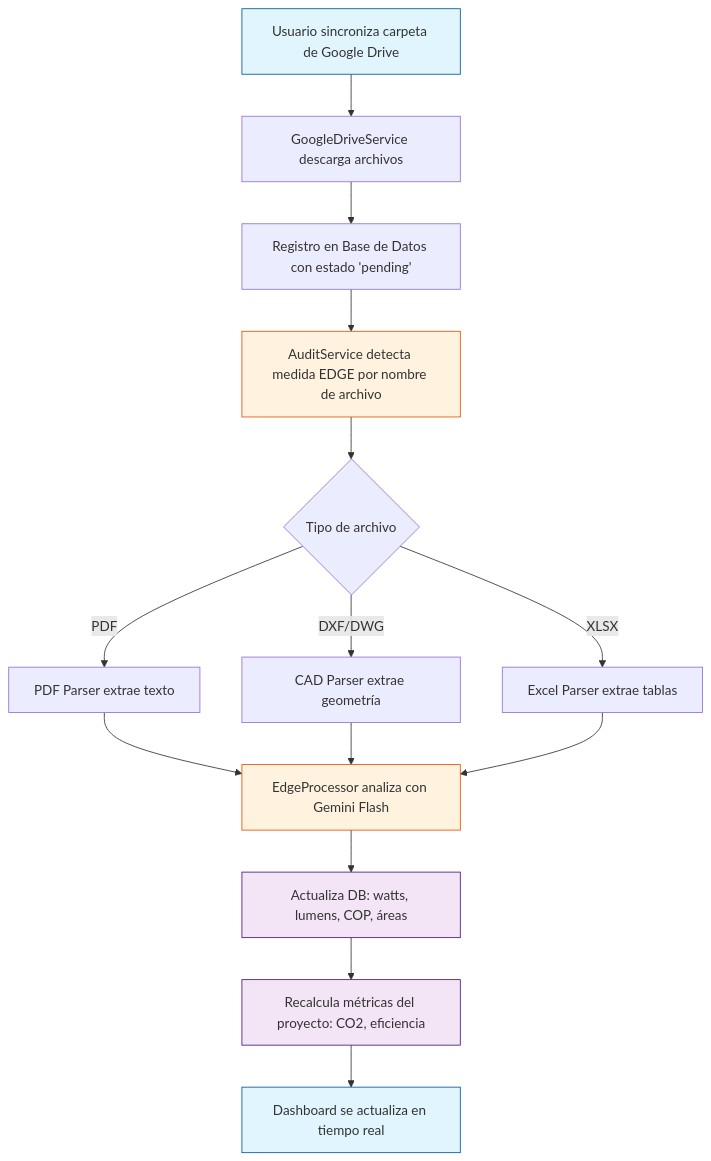
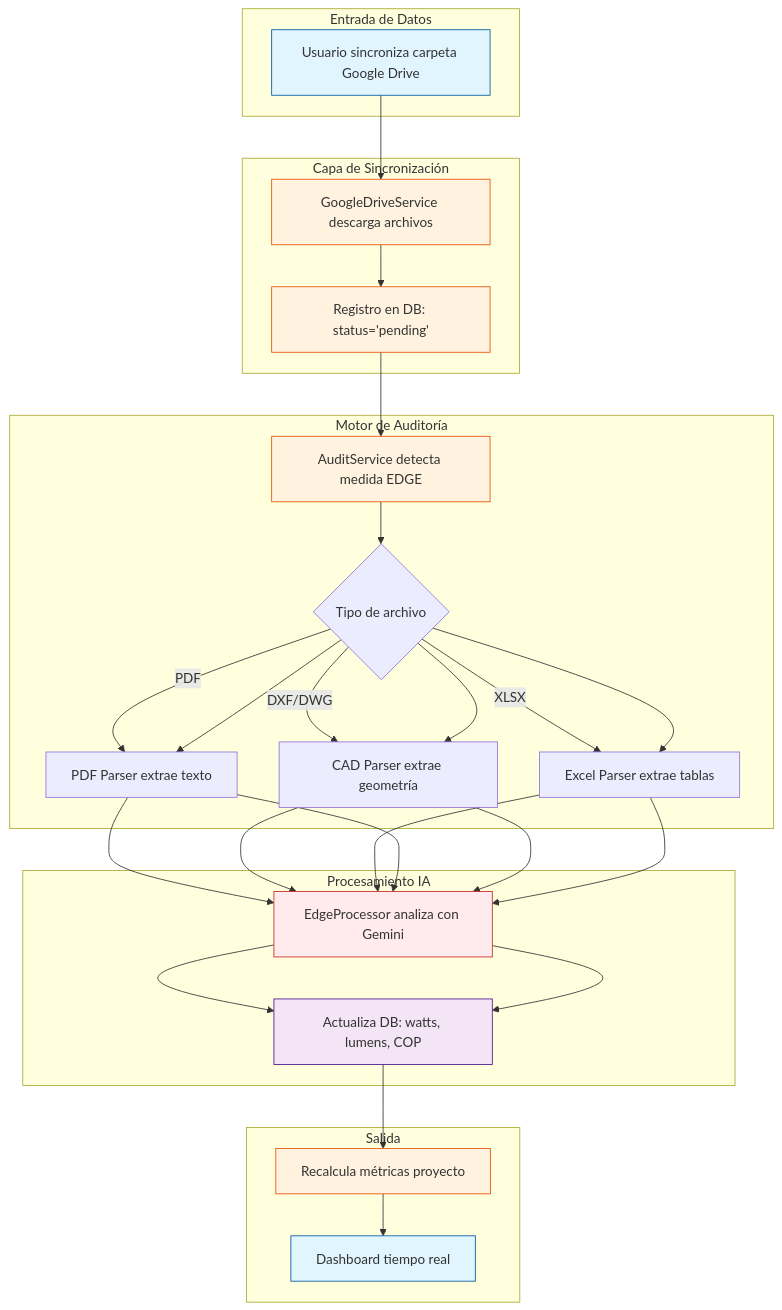
One commit to gproatechnology/GProA_Edge changed the second of 19 diagrams in README.md. Above: the diagram before and after it, drawn with Mermaid. The commit also changed other lines of this file and 40 other files, not shown here.

````diff
--- a/README.md
+++ b/README.md
@@ -57,21 +90,47 @@
 ```mermaid
 flowchart TD
-    A[Usuario sincroniza carpeta de Google Drive] --> B[GoogleDriveService descarga archivos]
-    B --> C[Registro en Base de Datos con estado 'pending']
-    C --> D[AuditService detecta medida EDGE por nombre de archivo]
-    D --> E{Tipo de archivo}
-    E -->|PDF| F[PDF Parser extrae texto]
-    E -->|DXF/DWG| G[CAD Parser extrae geometría]
-    E -->|XLSX| H[Excel Parser extrae tablas]
-    F & G & H --> I[EdgeProcessor analiza con Gemini Flash]
-    I --> J[Actualiza DB: watts, lumens, COP, áreas]
-    J --> K[Recalcula métricas del proyecto: CO2, eficiencia]
-    K --> L[Dashboard se actualiza en tiempo real]
-
+    subgraph INPUT["Entrada de Datos"]
+        A[Usuario sincroniza carpeta Google Drive]
+    end
+    
+    subgraph SYNC["Capa de Sincronización"]
+        B[GoogleDriveService descarga archivos]
+        C[Registro en DB: status='pending']
+    end
+    
+    subgraph AUDIT["Motor de Auditoría"]
+        D[AuditService detecta medida EDGE]
+        E{Tipo de archivo}
+        E -->|PDF| F[PDF Parser extrae texto]
+        E -->|DXF/DWG| G[CAD Parser extrae geometría]
+        E -->|XLSX| H[Excel Parser extrae tablas]
+    end
+    
+    subgraph AI["Procesamiento IA"]
+        F & G & H --> I[EdgeProcessor analiza con Gemini]
+        I --> J[Actualiza DB: watts, lumens, COP]
+    end
+    
+    subgraph OUTPUT["Salida"]
+        K[Recalcula métricas proyecto]
+        L[Dashboard tiempo real]
+    end
+    
+    A --> B --> C --> D --> E
+    E --> F
+    E --> G
+    E --> H
+    F --> I
+    G --> I
+    H --> I
+    I --> J --> K --> L
+    
     classDef startEnd fill:#e1f5fe,stroke:#01579b
-    classDef ai fill:#fff3e0,stroke:#e65100
+    classDef process fill:#fff3e0,stroke:#e65100
+    classDef ai fill:#ffebee,stroke:#c62828
     classDef db fill:#f3e5f5,stroke:#4a148c
     class A,L startEnd
-    class I,D ai
-    class J,K db
+    class B,C,D,K process
+    class I ai
+    class J db
 ```
````
